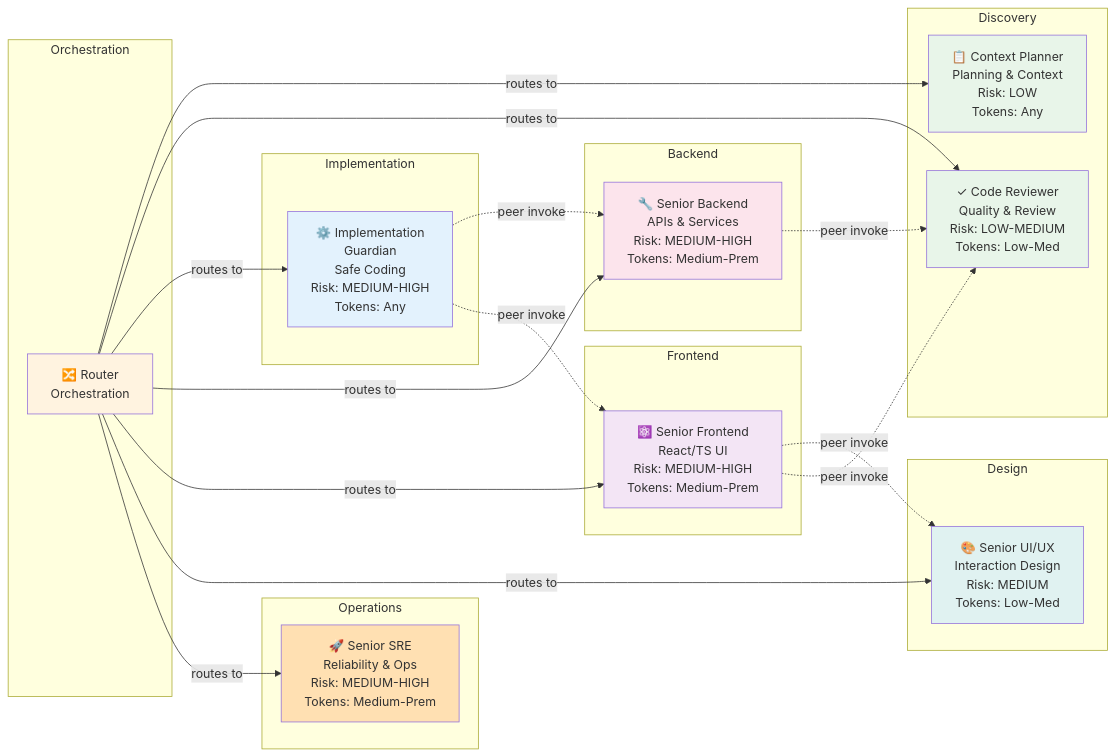
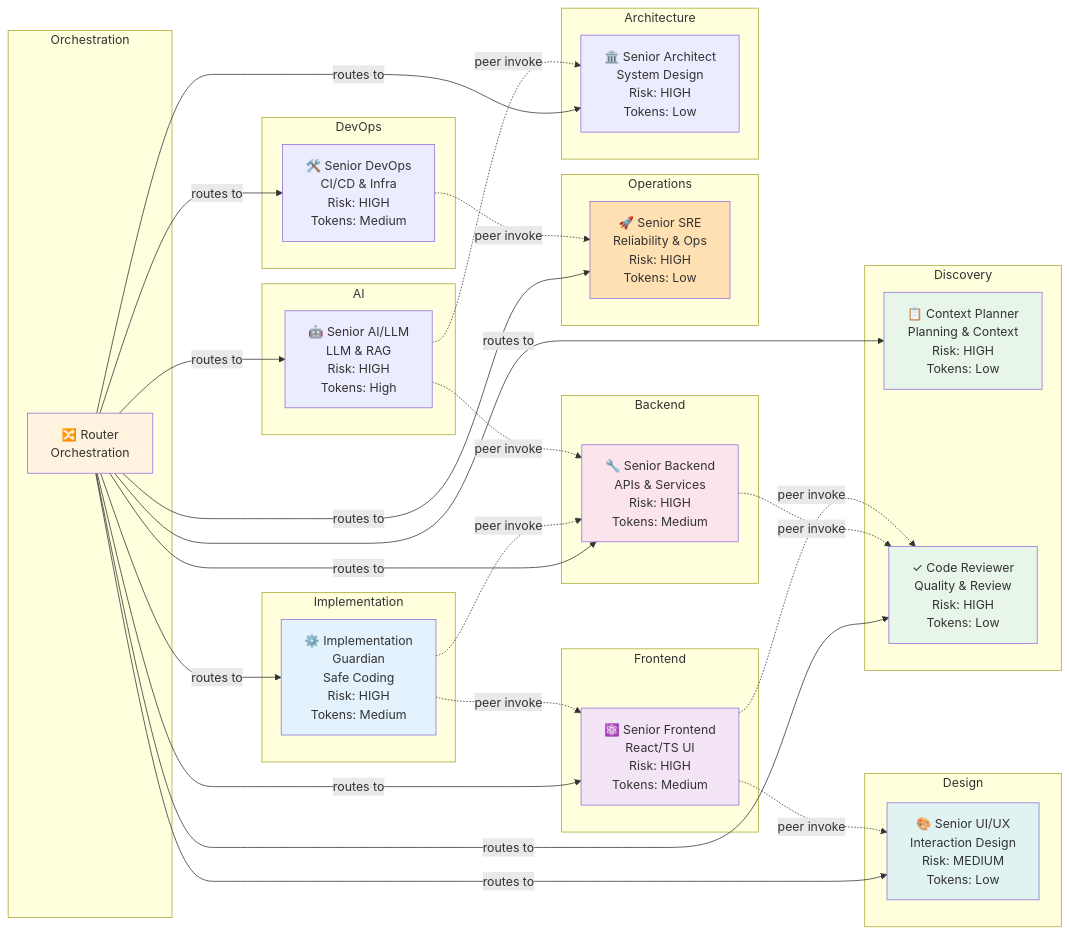
The first of 2 diagrams in docs/AGENT_CAPABILITY_MATRIX.md (nabarros/AI-Engineering-Platform), drawn with Mermaid before and after one commit. The commit also changed other lines of this file and 23 other files, not shown here.

````diff
--- a/docs/AGENT_CAPABILITY_MATRIX.md
+++ b/docs/AGENT_CAPABILITY_MATRIX.md
@@ -5,54 +5,72 @@
 ```mermaid
 graph LR
     subgraph Orchestration
         Router["🔀 Router<br/>Orchestration"]
     end
     
     subgraph Discovery
-        ContextPlanner["📋 Context Planner<br/>Planning & Context<br/>Risk: LOW<br/>Tokens: Any"]
-        CodeReviewer["✓ Code Reviewer<br/>Quality & Review<br/>Risk: LOW-MEDIUM<br/>Tokens: Low-Med"]
+        ContextPlanner["📋 Context Planner<br/>Planning & Context<br/>Risk: HIGH<br/>Tokens: Low"]
+        CodeReviewer["✓ Code Reviewer<br/>Quality & Review<br/>Risk: HIGH<br/>Tokens: Low"]
     end
     
     subgraph Implementation
-        ImplGuard["⚙️ Implementation<br/>Guardian<br/>Safe Coding<br/>Risk: MEDIUM-HIGH<br/>Tokens: Any"]
+        ImplGuard["⚙️ Implementation<br/>Guardian<br/>Safe Coding<br/>Risk: HIGH<br/>Tokens: Medium"]
     end
     
     subgraph Backend
-        SeniorBackend["🔧 Senior Backend<br/>APIs & Services<br/>Risk: MEDIUM-HIGH<br/>Tokens: Medium-Prem"]
+        SeniorBackend["🔧 Senior Backend<br/>APIs & Services<br/>Risk: HIGH<br/>Tokens: Medium"]
     end
     
     subgraph Frontend
-        SeniorFrontend["⚛️ Senior Frontend<br/>React/TS UI<br/>Risk: MEDIUM-HIGH<br/>Tokens: Medium-Prem"]
+        SeniorFrontend["⚛️ Senior Frontend<br/>React/TS UI<br/>Risk: HIGH<br/>Tokens: Medium"]
     end
     
     subgraph Design
-        SeniorUX["🎨 Senior UI/UX<br/>Interaction Design<br/>Risk: MEDIUM<br/>Tokens: Low-Med"]
+        SeniorUX["🎨 Senior UI/UX<br/>Interaction Design<br/>Risk: MEDIUM<br/>Tokens: Low"]
     end
     
     subgraph Operations
-        SeniorSRE["🚀 Senior SRE<br/>Reliability & Ops<br/>Risk: MEDIUM-HIGH<br/>Tokens: Medium-Prem"]
+        SeniorSRE["🚀 Senior SRE<br/>Reliability & Ops<br/>Risk: HIGH<br/>Tokens: Low"]
+    end
+    
+    subgraph AI
+        SeniorAI["🤖 Senior AI/LLM<br/>LLM & RAG<br/>Risk: HIGH<br/>Tokens: High"]
+    end
+    
+    subgraph Architecture
+        SeniorArch["🏛️ Senior Architect<br/>System Design<br/>Risk: HIGH<br/>Tokens: Low"]
+    end
+    
+    subgraph DevOps
+        SeniorDevOps["🛠️ Senior DevOps<br/>CI/CD & Infra<br/>Risk: HIGH<br/>Tokens: Medium"]
     end
     
     Router -->|routes to| ContextPlanner
     Router -->|routes to| CodeReviewer
     Router -->|routes to| ImplGuard
     Router -->|routes to| SeniorBackend
     Router -->|routes to| SeniorFrontend
     Router -->|routes to| SeniorUX
     Router -->|routes to| SeniorSRE
+    Router -->|routes to| SeniorAI
+    Router -->|routes to| SeniorArch
+    Router -->|routes to| SeniorDevOps
     
     ImplGuard -.->|peer invoke| SeniorBackend
     ImplGuard -.->|peer invoke| SeniorFrontend
     SeniorBackend -.->|peer invoke| CodeReviewer
     SeniorFrontend -.->|peer invoke| SeniorUX
     SeniorFrontend -.->|peer invoke| CodeReviewer
+    SeniorAI -.->|peer invoke| SeniorBackend
+    SeniorAI -.->|peer invoke| SeniorArch
+    SeniorDevOps -.->|peer invoke| SeniorSRE
     
     style Router fill:#fff3e0
     style ContextPlanner fill:#e8f5e9
     style CodeReviewer fill:#e8f5e9
     style ImplGuard fill:#e3f2fd
     style SeniorBackend fill:#fce4ec
     style SeniorFrontend fill:#f3e5f5
     style SeniorUX fill:#e0f2f1
     style SeniorSRE fill:#ffe0b2
 ```
````
